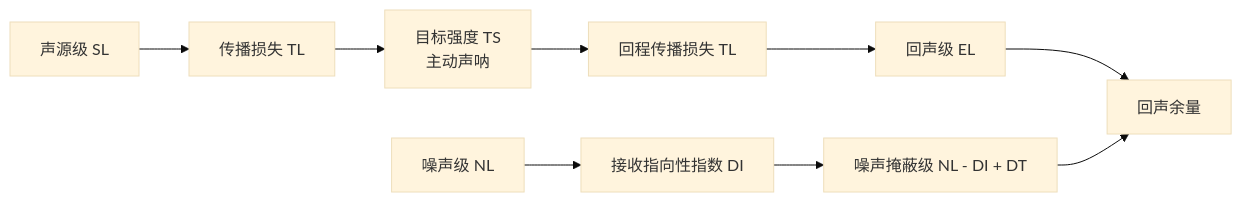
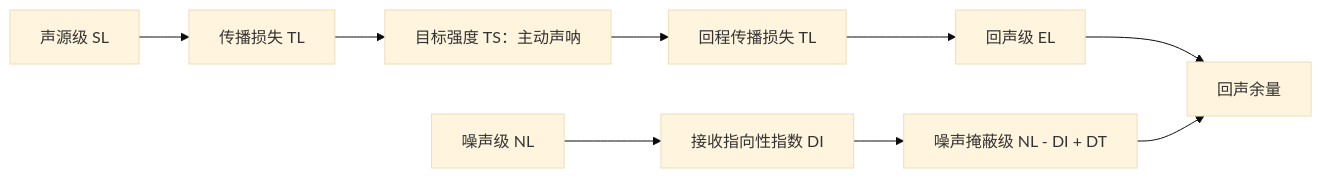
The third of 7 diagrams in docs/水声学原理概念参数原理汇总.md (SatelliteCoder/Underwater-Acoustics-Learning), drawn with Mermaid (base theme) before and after one commit. The commit also changed other lines of this file, not shown here.

Commit message:
fix mermaid diagram rendering

````diff
--- a/docs/水声学原理概念参数原理汇总.md
+++ b/docs/水声学原理概念参数原理汇总.md
@@ -227,11 +227,11 @@
 ```mermaid
 flowchart LR
     SL["声源级 SL"] --> TL1["传播损失 TL"]
-    TL1 --> TS["目标强度 TS<br/>主动声呐"]
+    TL1 --> TS["目标强度 TS：主动声呐"]
     TS --> TL2["回程传播损失 TL"]
     TL2 --> EL["回声级 EL"]
     NL["噪声级 NL"] --> DI["接收指向性指数 DI"]
     DI --> NML["噪声掩蔽级 NL - DI + DT"]
     EL --> EE["回声余量"]
     NML --> EE
 ```
````
